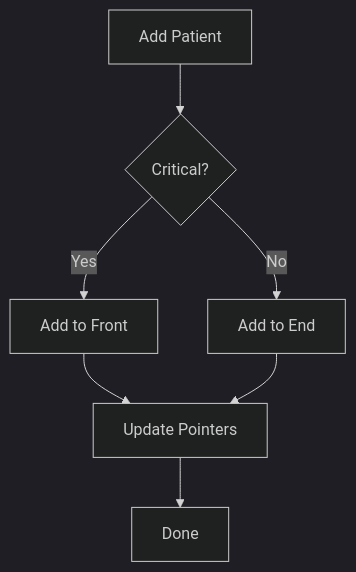
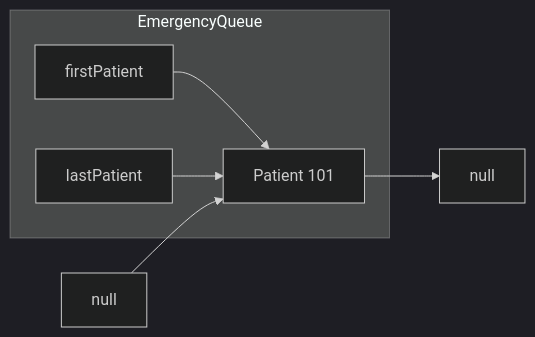
One commit to MuhammadZafran33/Data-Structures-lab-Solutions changed the seventh of 11 diagrams in Linked List /Mid_Paper/ReadMe.md. Above: the diagram before and after it, drawn with Mermaid (dark theme). The commit also changed other lines of this file, not shown here.

````diff
--- a/Linked List /Mid_Paper/ReadMe.md
+++ b/Linked List /Mid_Paper/ReadMe.md
@@ -191,9 +231,10 @@
 ```mermaid
-flowchart TD
-    Start[Add Patient] --> Check{Critical?}
-    Check -->|Yes| AddFront[Add to Front]
-    Check -->|No| AddEnd[Add to End]
-    AddFront --> Update[Update Pointers]
-    AddEnd --> Update
-    Update --> End[Done]
+flowchart LR
+    subgraph EmergencyQueue
+        F[firstPatient] --> P1[Patient 101]
+        L[lastPatient] --> P1
+    end
+    
+    P1[Patient 101] --> NULL1[null]
+    NULL2[null] --> P1
 ```
````
